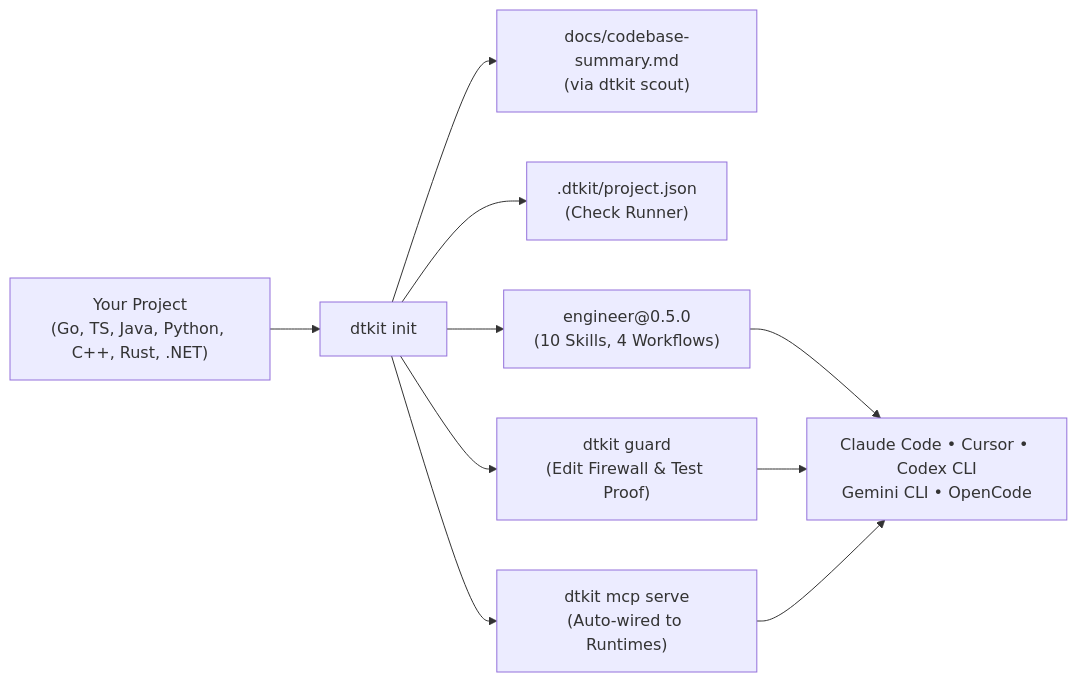
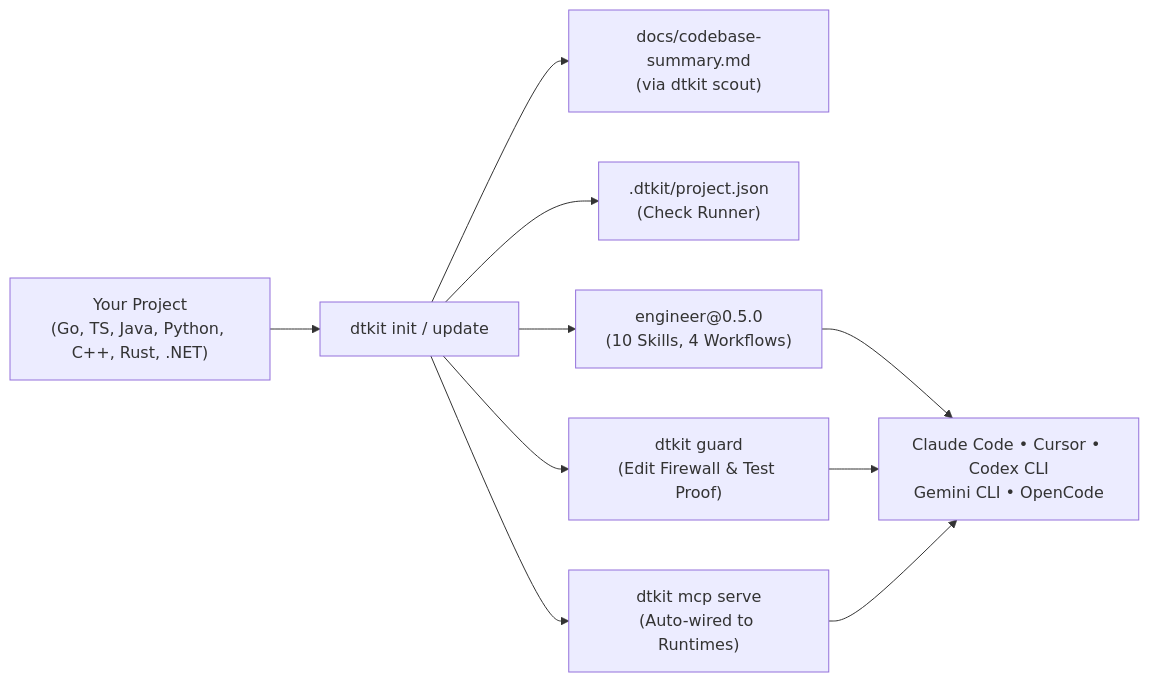
One commit to truong-newbie/Agent_Kit_Impl changed the first of 2 diagrams in docs/guide.md. Above: the diagram before and after it, drawn with Mermaid. The commit also changed other lines of this file and 3 other files, not shown here.

````diff
--- a/docs/guide.md
+++ b/docs/guide.md
@@ -17,12 +26,12 @@
 ```mermaid
 flowchart LR
-    Dev["Your Project\n(Go, TS, Java, Python, C++, Rust, .NET)"] --> Init["dtkit init"]
+    Dev["Your Project\n(Go, TS, Java, Python, C++, Rust, .NET)"] --> Init["dtkit init / update"]
     Init --> Summary["docs/codebase-summary.md\n(via dtkit scout)"]
     Init --> Profile[".dtkit/project.json\n(Check Runner)"]
     Init --> Kit["engineer@0.5.0\n(10 Skills, 4 Workflows)"]
     Init --> Guard["dtkit guard\n(Edit Firewall & Test Proof)"]
     Init --> MCP["dtkit mcp serve\n(Auto-wired to Runtimes)"]
     Kit --> Runtimes["Claude Code • Cursor • Codex CLI\nGemini CLI • OpenCode"]
     Guard --> Runtimes
     MCP --> Runtimes
 ```
````
